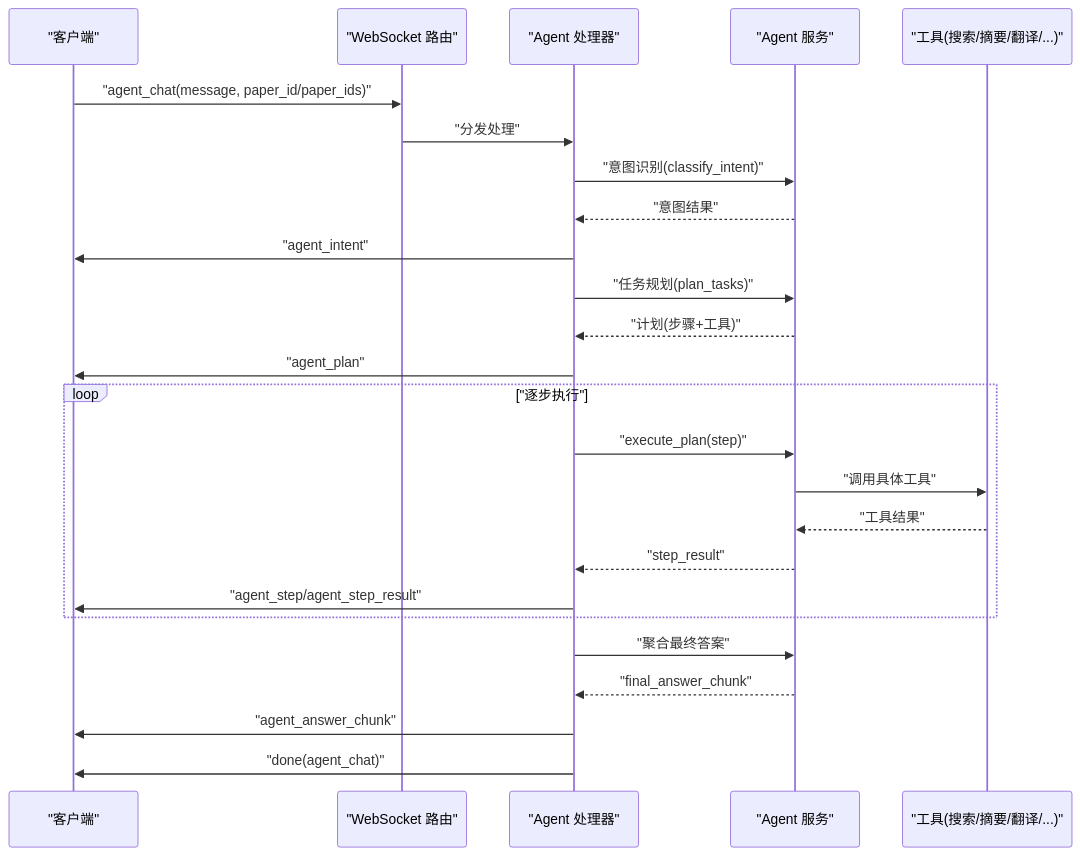
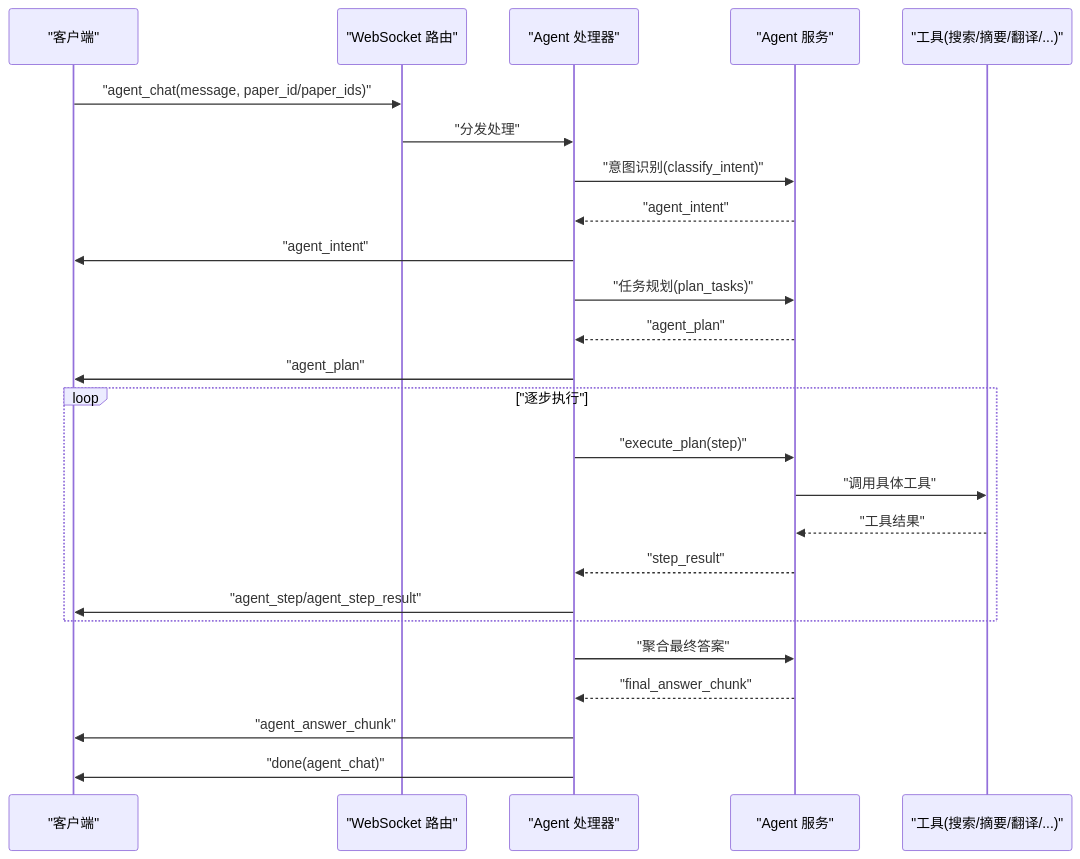
Before and after one commit to laohanhahaha/PaperChat: the sixth of 8 diagrams in .qoder/repowiki/zh/content/WebSocket 通信协议/WebSocket 通信协议.md, drawn with Mermaid. The commit also changed other lines of this file and 59 other files, not shown here.

````diff
--- a/.qoder/repowiki/zh/content/WebSocket 通信协议/WebSocket 通信协议.md
+++ b/.qoder/repowiki/zh/content/WebSocket 通信协议/WebSocket 通信协议.md
@@ -308,27 +371,27 @@
 ```mermaid
 sequenceDiagram
 participant C as "客户端"
 participant W as "WebSocket 路由"
 participant A as "Agent 处理器"
 participant AS as "Agent 服务"
 participant T as "工具(搜索/摘要/翻译/...)"
 C->>W : "agent_chat(message, paper_id/paper_ids)"
 W->>A : "分发处理"
 A->>AS : "意图识别(classify_intent)"
-AS-->>A : "意图结果"
+AS-->>A : "agent_intent"
 A->>C : "agent_intent"
 A->>AS : "任务规划(plan_tasks)"
-AS-->>A : "计划(步骤+工具)"
+AS-->>A : "agent_plan"
 A->>C : "agent_plan"
 loop "逐步执行"
 A->>AS : "execute_plan(step)"
 AS->>T : "调用具体工具"
 T-->>AS : "工具结果"
 AS-->>A : "step_result"
 A->>C : "agent_step/agent_step_result"
 end
 A->>AS : "聚合最终答案"
 AS-->>A : "final_answer_chunk"
 A->>C : "agent_answer_chunk"
 A->>C : "done(agent_chat)"
 ```
````
